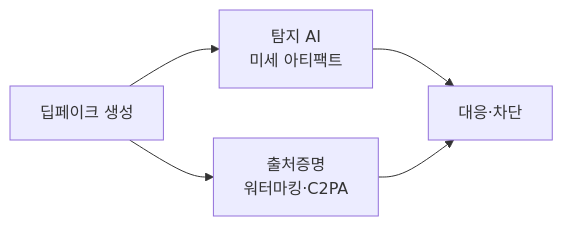
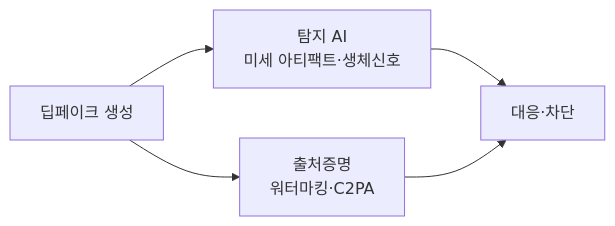
One commit to coninggu/wjdqhrhksflrltnftk changed the second of 2 diagrams in content/deepfake.md. Above: the diagram before and after it, drawn with Mermaid. The commit also changed other lines of this file and 3 other files, not shown here.

````diff
--- a/content/deepfake.md
+++ b/content/deepfake.md
@@ -39,7 +44,7 @@
 ```mermaid
 flowchart LR
-  A[딥페이크 생성] --> B[탐지 AI<br/>미세 아티팩트]
+  A[딥페이크 생성] --> B[탐지 AI<br/>미세 아티팩트·생체신호]
   A --> C[출처증명<br/>워터마킹·C2PA]
   B --> D[대응·차단]
   C --> D
 ```
````
